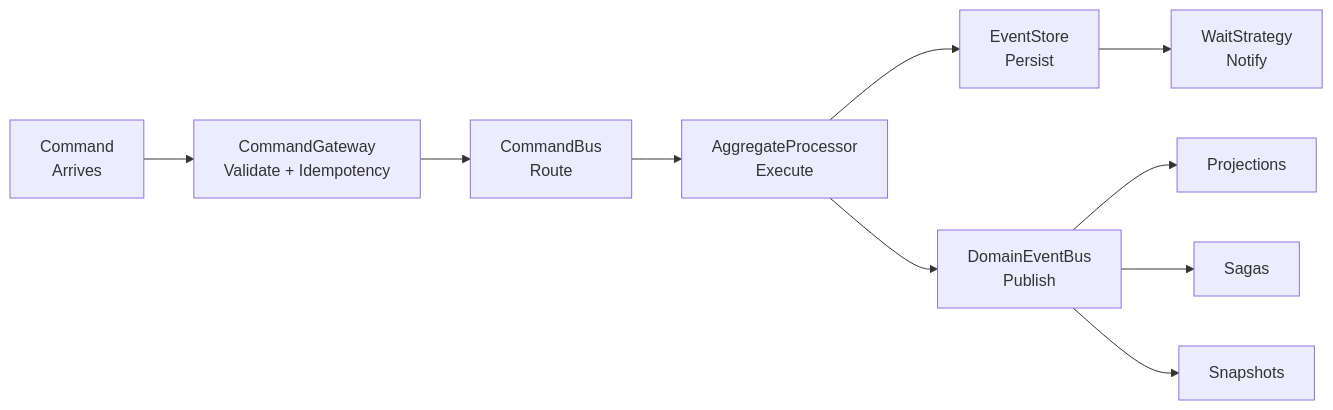
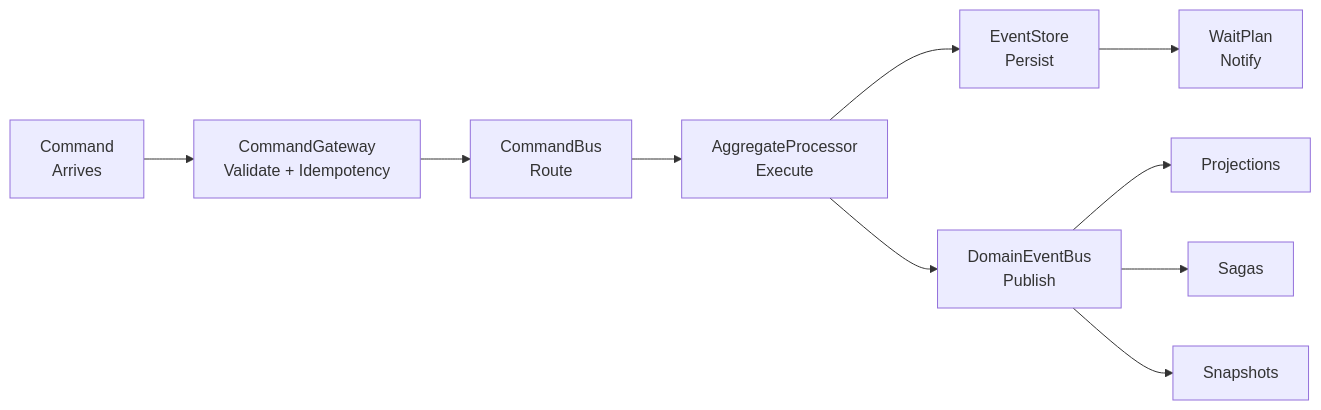
One commit to Ahoo-Wang/Wow changed the first of 10 diagrams in documentation/docs/en/guide/advanced/data-flow.md. Above: the diagram before and after it, drawn with Mermaid. The commit also changed other lines of this file and 128 other files, not shown here.

Commit message:
feat(core): remove wait strategy runtime

````diff
--- a/documentation/docs/en/guide/advanced/data-flow.md
+++ b/documentation/docs/en/guide/advanced/data-flow.md
@@ -12,15 +12,15 @@
 ```mermaid
 graph LR
     CMD["Command<br>Arrives"] --> GW["CommandGateway<br>Validate + Idempotency"]
     GW --> CB["CommandBus<br>Route"]
     CB --> AP["AggregateProcessor<br>Execute"]
     AP --> ES["EventStore<br>Persist"]
     AP --> DEB["DomainEventBus<br>Publish"]
     DEB --> PROJ["Projections"]
     DEB --> SAGA["Sagas"]
     DEB --> SNAP["Snapshots"]
-    ES --> WS["WaitStrategy<br>Notify"]
+    ES --> WS["WaitPlan<br>Notify"]
 
 
 
 ```
````
